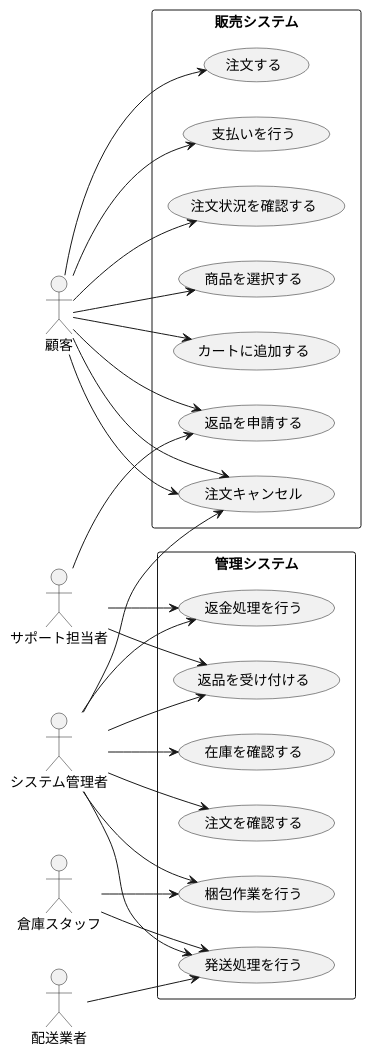
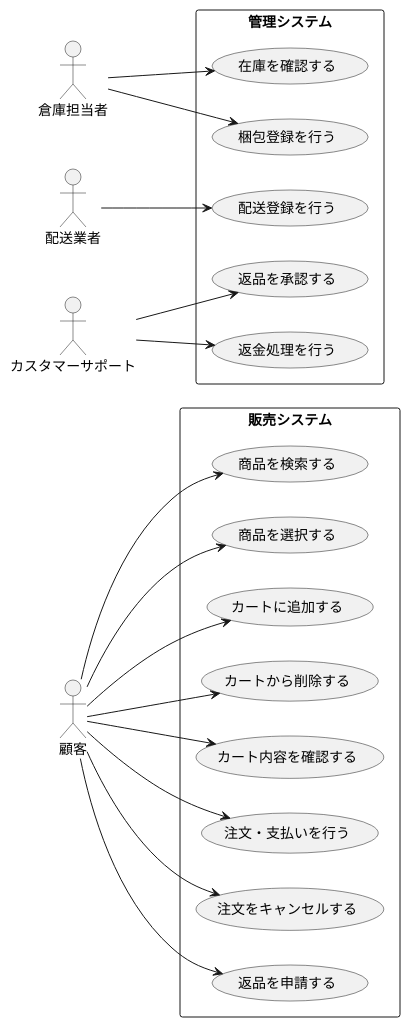
The diagram in group/BB/usecase1.pu (amaneko0608/ohara_uml), drawn with PlantUML before and after one commit. The commit also changed 5 other files, not shown here.

```diff
--- a/group/BB/usecase1.pu
+++ b/group/BB/usecase1.pu
@@ -1,60 +1,49 @@
-@startuml BBショップユースケース図
+@startuml
 left to right direction
 
-' アクター定義
-actor 顧客 as Customer
-actor システム管理者 as SysAdmin
-actor 倉庫スタッフ as WarehouseStaff
-actor サポート担当者 as SupportStaff
-actor 配送業者 as Delivery
+actor 顧客 as C
+actor 倉庫担当者 as W
+actor 配送業者 as D
+actor カスタマーサポート as S
 
-
-' 販売システムユースケース
-rectangle "販売システム" {
-  usecase "商品を選択する" as UC1
-  usecase "カートに追加する" as UC2
-  usecase "注文する" as UC3
-  usecase "支払いを行う" as UC4
-  usecase "注文状況を確認する" as UC5
-  usecase "返品を申請する" as UC6
-  usecase "注文キャンセル" as UC13
+rectangle 販売システム {
+  usecase "商品を検索する" as UC1
+  usecase "商品を選択する" as UC2
+  usecase "カートに追加する" as UC3 
+  usecase "カートから削除する" as UC4
+  usecase "カート内容を確認する" as UC5
+  usecase "注文・支払いを行う" as UC6 
+  usecase "注文をキャンセルする" as UC7
+  usecase "返品を申請する" as UC8
 }
 
-' 管理システムユースケース
-rectangle "管理システム" {
-  usecase "注文を確認する" as UC7
-  usecase "在庫を確認する" as UC8
-  usecase "梱包作業を行う" as UC9
-  usecase "発送処理を行う" as UC10
-  usecase "返品を受け付ける" as UC11
-  usecase "返金処理を行う" as UC12
+rectangle 管理システム {
+  usecase "在庫を確認する" as UC9
+  usecase "梱包登録を行う" as UC10
+  usecase "配送登録を行う" as UC11 
+  usecase "返品を承認する" as UC12
+  usecase "返金処理を行う" as UC13
 }
 
-' 顧客とユースケースの関係
-Customer --> UC1
-Customer --> UC2
-Customer --> UC3
-Customer --> UC4
-Customer --> UC5
-Customer --> UC6
-Customer --> UC13
+' 顧客操作
+C --> UC1
+C --> UC2
+C --> UC3
+C --> UC4
+C --> UC5
+C --> UC6
+C --> UC7
+C --> UC8
 
+' 倉庫担当者操作
+W --> UC9
+W --> UC10
 
+' 配送業者操作
+D --> UC11
 
-' 管理者とユースケースの関係
-SysAdmin --> UC7
-SysAdmin --> UC8
-SysAdmin --> UC9
-SysAdmin --> UC10
-SysAdmin --> UC11
-SysAdmin --> UC12
-WarehouseStaff --> UC9
-WarehouseStaff --> UC10
-SupportStaff --> UC6
-SupportStaff --> UC11
-SupportStaff --> UC12
-Delivery --> UC10
-Customer --> UC13
-SysAdmin --> UC13
+' カスタマーサポート操作
+S --> UC12
+S --> UC13
 
 @enduml
```
